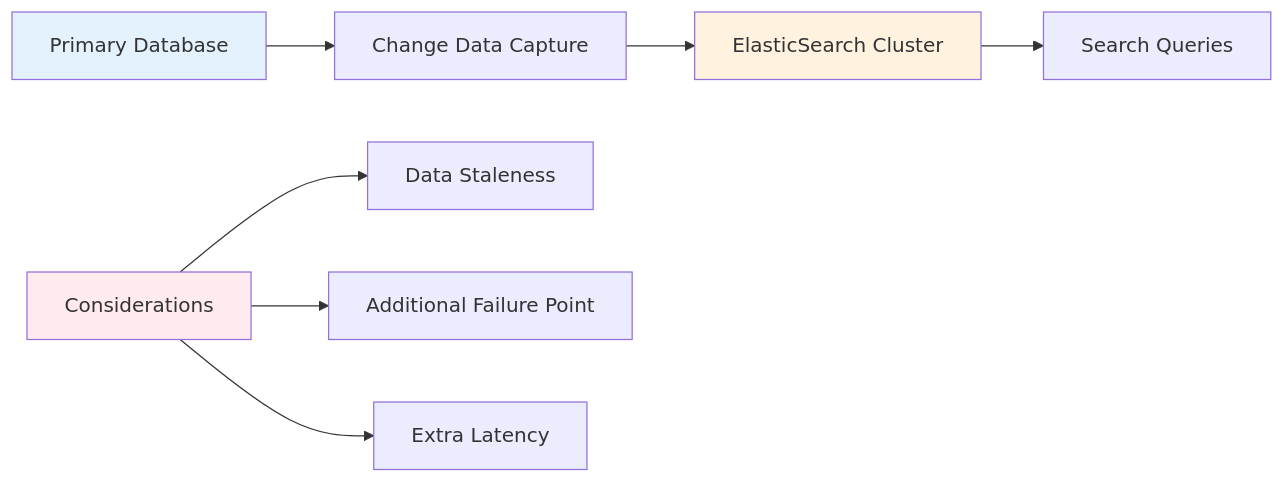
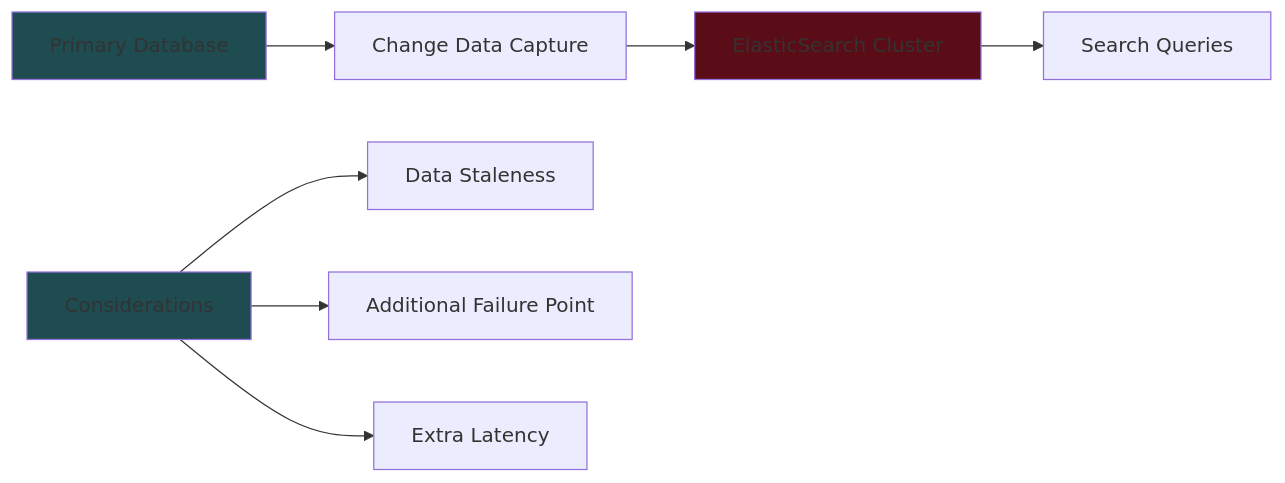
One commit to ahmedrzakhan/system-design-notes changed diagram 11 of 21 in fundamentals/core_concepts.md. Above: the diagram before and after it, drawn with Mermaid. The commit also changed other lines of this file, not shown here.

````diff
--- a/fundamentals/core_concepts.md
+++ b/fundamentals/core_concepts.md
@@ -278,14 +278,14 @@
 ```mermaid
 graph LR
     A[Primary Database] --> B[Change Data Capture]
     B --> C[ElasticSearch Cluster]
     C --> D[Search Queries]
 
     E[Considerations] --> F[Data Staleness]
     E --> G[Additional Failure Point]
     E --> H[Extra Latency]
 
-    style A fill:#e3f2fd
-    style C fill:#fff3e0
-    style E fill:#ffebee
+    style A fill:#1E4C50
+    style C fill:#5A0D16
+    style E fill:#1E4C50
 ```
````
